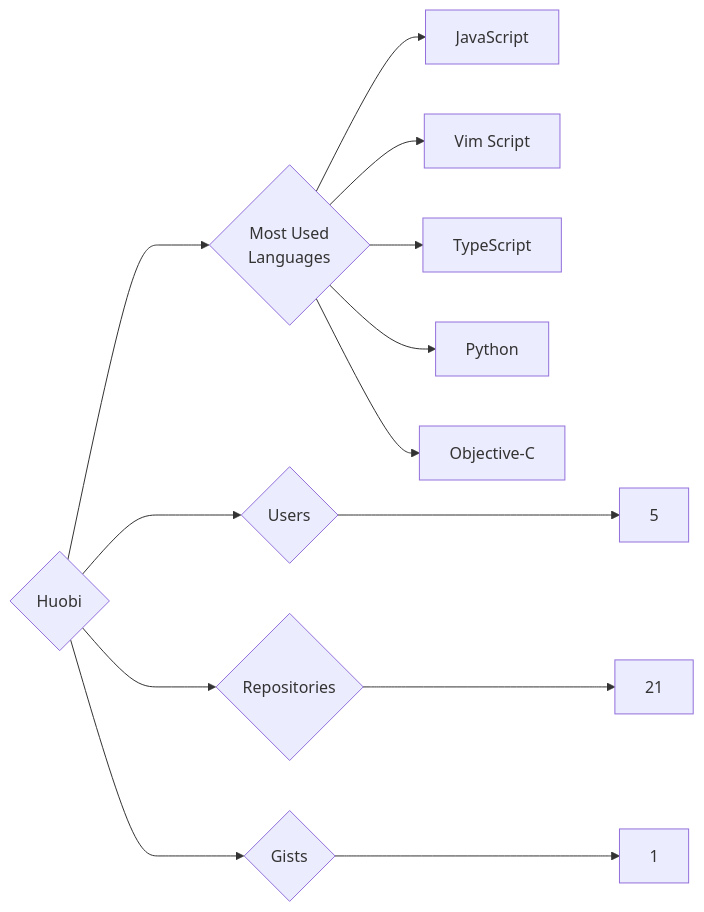
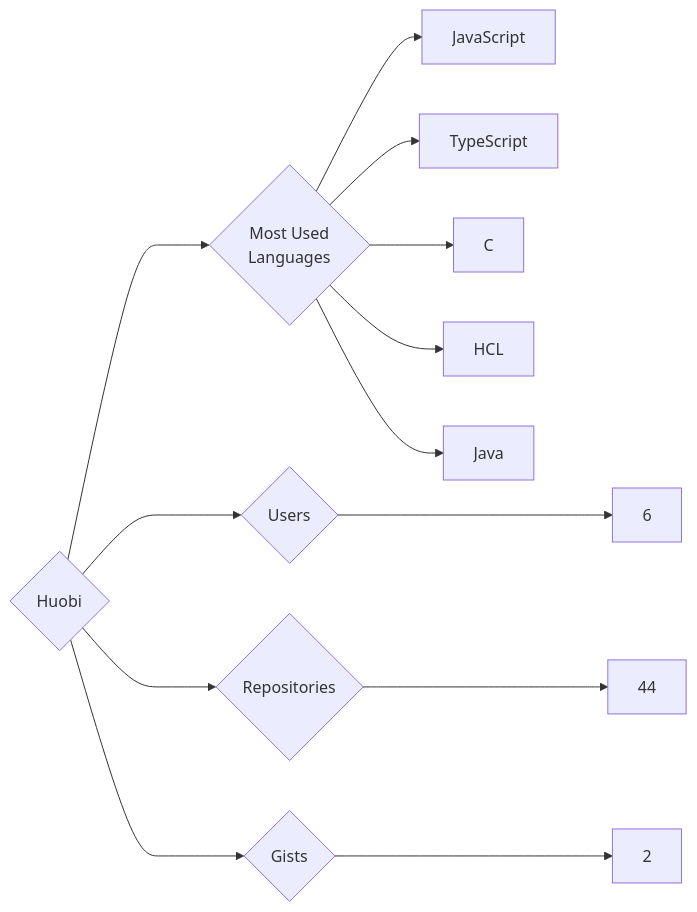
One commit to trickest/insiders changed the diagram in targets/Huobi/README.md. Above: the diagram before and after it, drawn with Mermaid. The commit also changed 1141 other files, not shown here.

````diff
--- a/targets/Huobi/README.md
+++ b/targets/Huobi/README.md
@@ -3,13 +3,13 @@
 ```mermaid
 graph LR
 COMPANY_NAME{Huobi}
-COMPANY_NAME ---> U{Users} ---> UN[5]
-COMPANY_NAME ---> R{Repositories} ---> RN[21]
-COMPANY_NAME ---> G{Gists} ---> GN[1]
+COMPANY_NAME ---> U{Users} ---> UN[6]
+COMPANY_NAME ---> R{Repositories} ---> RN[44]
+COMPANY_NAME ---> G{Gists} ---> GN[2]
 COMPANY_NAME ---> ML{Most Used<br>Languages}
 ML --> JavaScript[JavaScript]
-ML --> Vim_Script[Vim Script]
 ML --> TypeScript[TypeScript]
-ML --> Python[Python]
-ML --> Objective-C[Objective-C]
+ML --> C[C]
+ML --> HCL[HCL]
+ML --> Java[Java]
 ```
````
